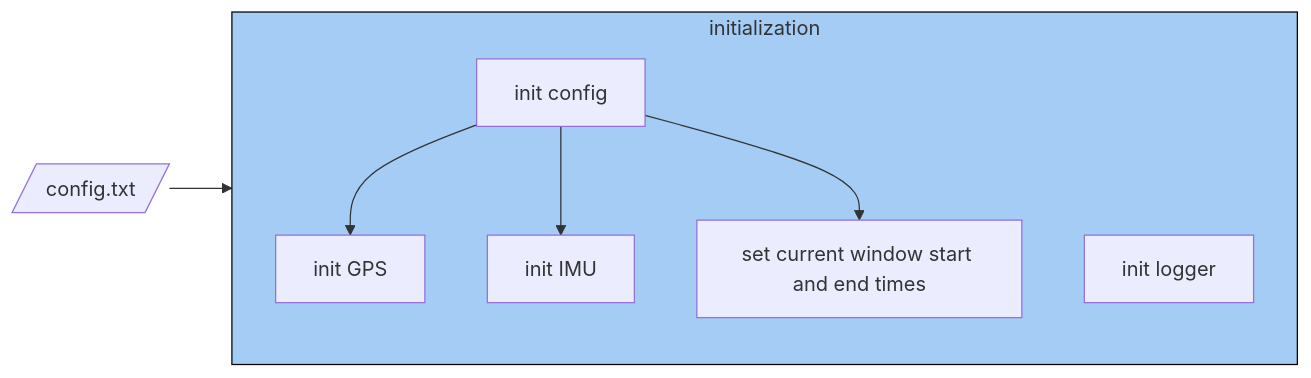
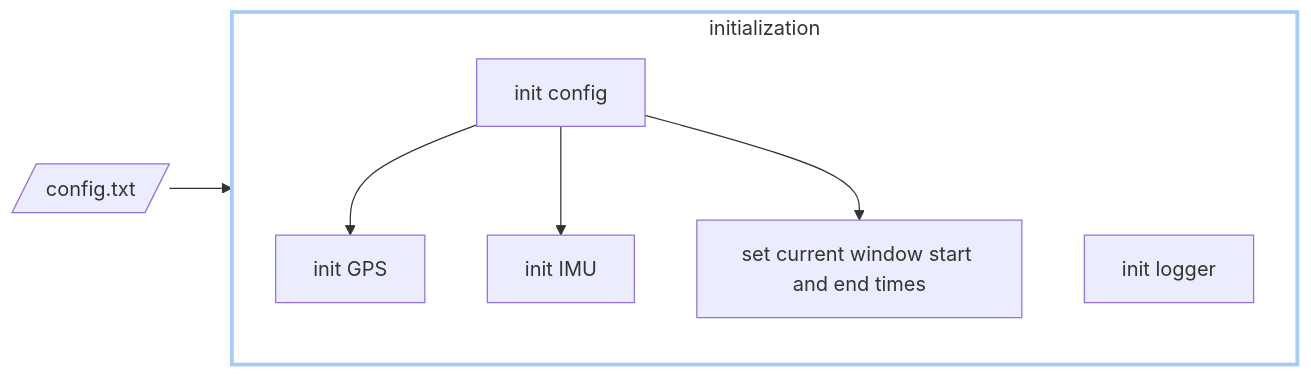
The fourth of 7 diagrams in doc/Design.md (SASlabgroup/microSWIFT), drawn with Mermaid before and after one commit. The commit also changed other lines of this file, not shown here.

````diff
--- a/doc/Design.md
+++ b/doc/Design.md
@@ -143,13 +143,13 @@
 ```mermaid
 flowchart LR
     user_config[/config.txt/]-->config["init config"];
     subgraph initialization
         direction TB
         logger["init logger"]
         config-->gps["init GPS"] & imu["init IMU"] & set_time["set current window start and end times"];
     end
 
-    classDef blue fill:#a4ccf5,stroke:#000000,stroke-width:1px
+    classDef blue fill:#FFFFFF,stroke:#a4ccf5,stroke-width:3px
     class initialization blue
 
 ```
````
